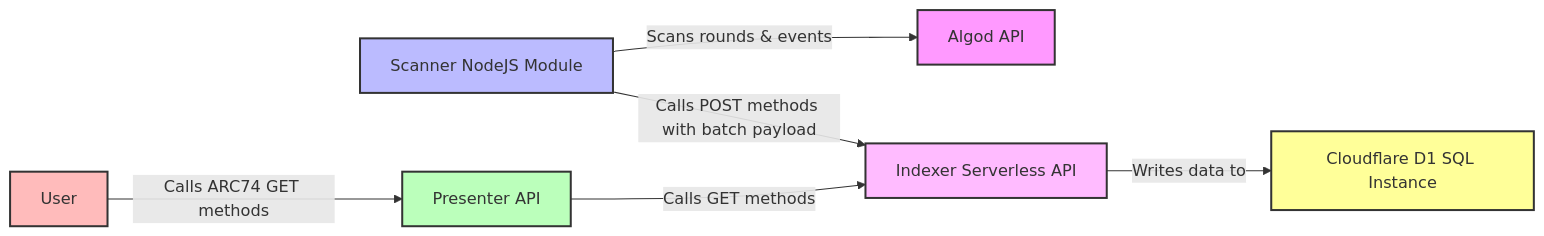
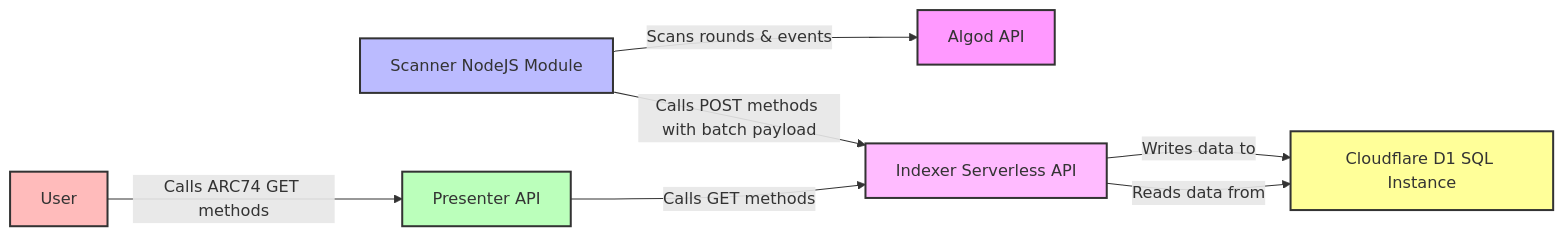
The second of 2 diagrams in README.md (flippingalgos/voi-nft-indexer-api), drawn with Mermaid before and after one commit.

````diff
--- a/README.md
+++ b/README.md
@@ -64,22 +64,23 @@
 ```mermaid
 flowchart LR
     AlgodAPI[Algod API]
     Scanner[Scanner NodeJS Module]
     Indexer[Indexer Serverless API]
     Presenter[Presenter API]
     User[User]
     CloudflareD1[Cloudflare D1 SQL Instance]
 
     Scanner -->|Scans rounds & events| AlgodAPI
     Scanner -->|Calls POST methods with batch payload| Indexer
     Indexer -->|Writes data to| CloudflareD1
+    Indexer -->|Reads data from| CloudflareD1
     Presenter -->|Calls GET methods| Indexer
     User -->|Calls ARC74 GET methods| Presenter
 
     style AlgodAPI fill:#f9f,stroke:#333,stroke-width:2px
     style Scanner fill:#bbf,stroke:#333,stroke-width:2px
     style Indexer fill:#fbf,stroke:#333,stroke-width:2px
     style Presenter fill:#bfb,stroke:#333,stroke-width:2px
     style User fill:#fbb,stroke:#333,stroke-width:2px
     style CloudflareD1 fill:#ff9,stroke:#333,stroke-width:2px
   ```
````
